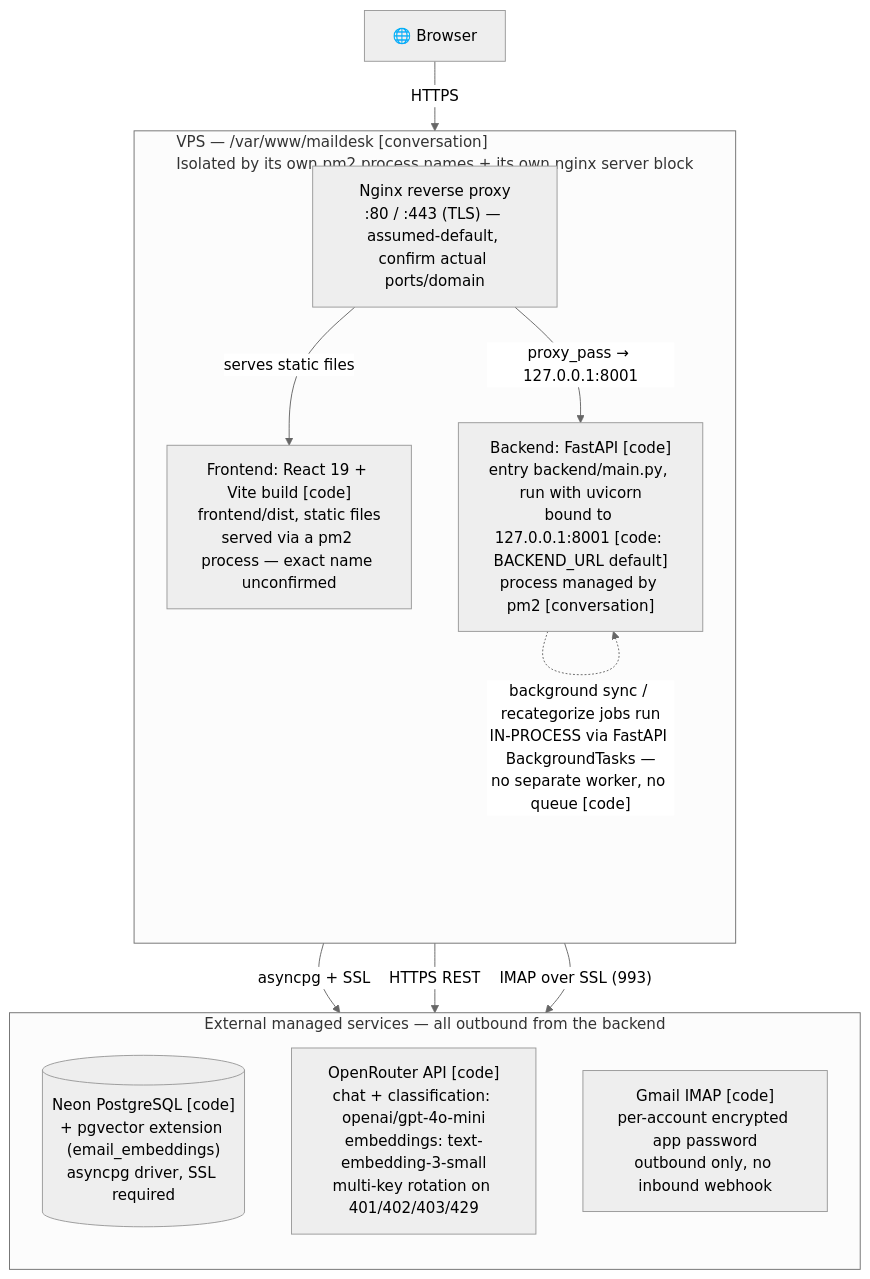
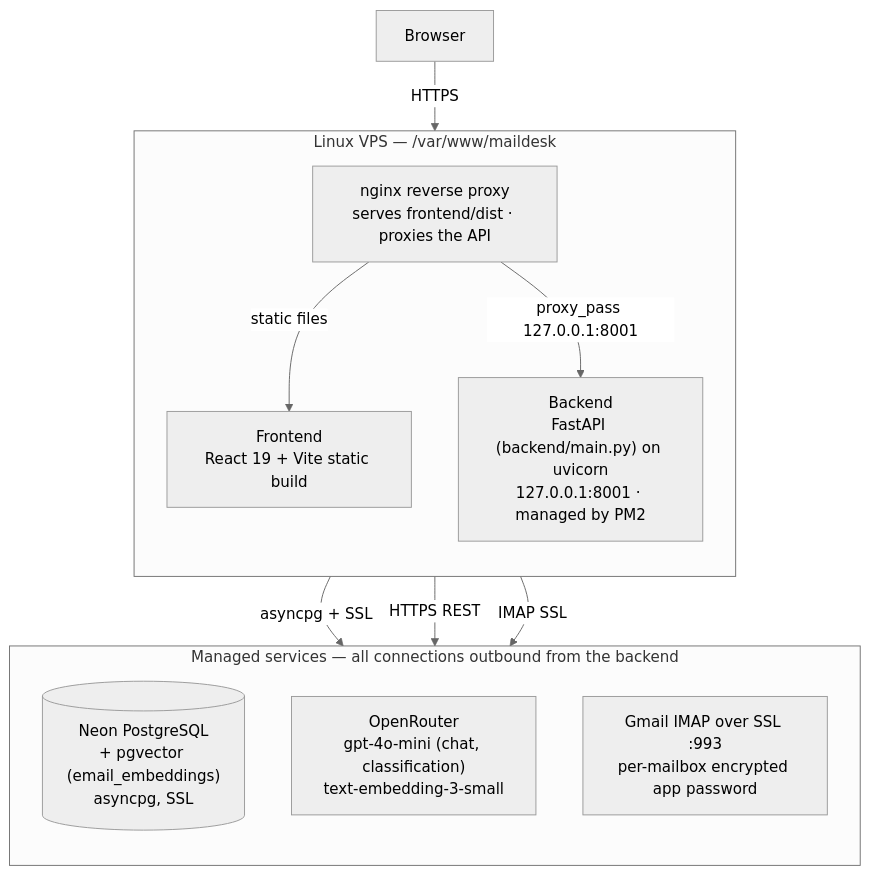
The diagram in ARCHITECTURE.md (AfzalSurti/MailDesk), drawn with Mermaid (neutral theme) before and after one commit. The commit also changed other lines of this file and 3 other files, not shown here.

First line of the commit message:
docs: full README, clean architecture doc, fix ENCRYPTION_KEY instructions

````diff
--- a/ARCHITECTURE.md
+++ b/ARCHITECTURE.md
@@ -16,27 +7,25 @@
 ```mermaid
 flowchart TD
-    Client["🌐 Browser"]
+    Client["Browser"]
 
-    subgraph VPS["VPS — /var/www/maildesk [conversation]<br/>Isolated by its own pm2 process names + its own nginx server block"]
+    subgraph VPS["Linux VPS — /var/www/maildesk"]
         direction TB
-        Nginx["Nginx reverse proxy<br/>:80 / :443 (TLS) — assumed-default, confirm actual ports/domain"]
-        FE["Frontend: React 19 + Vite build [code]<br/>frontend/dist, static files<br/>served via a pm2 process — exact name unconfirmed"]
-        BE["Backend: FastAPI [code]<br/>entry backend/main.py, run with uvicorn<br/>bound to 127.0.0.1:8001 [code: BACKEND_URL default]<br/>process managed by pm2 [conversation]"]
+        Nginx["nginx reverse proxy<br/>serves frontend/dist · proxies the API"]
+        FE["Frontend<br/>React 19 + Vite static build"]
+        BE["Backend<br/>FastAPI (backend/main.py) on uvicorn<br/>127.0.0.1:8001 · managed by PM2"]
     end
 
-    subgraph Ext["External managed services — all outbound from the backend"]
+    subgraph Ext["Managed services — all connections outbound from the backend"]
         direction TB
-        Neon[("Neon PostgreSQL [code]<br/>+ pgvector extension (email_embeddings)<br/>asyncpg driver, SSL required")]
-        OpenRouter["OpenRouter API [code]<br/>chat + classification: openai/gpt-4o-mini<br/>embeddings: text-embedding-3-small<br/>multi-key rotation on 401/402/403/429"]
-        Gmail["Gmail IMAP [code]<br/>per-account encrypted app password<br/>outbound only, no inbound webhook"]
+        Neon[("Neon PostgreSQL<br/>+ pgvector (email_embeddings)<br/>asyncpg, SSL")]
+        OpenRouter["OpenRouter<br/>gpt-4o-mini (chat, classification)<br/>text-embedding-3-small"]
+        Gmail["Gmail IMAP over SSL :993<br/>per-mailbox encrypted app password"]
     end
 
-    Client -- "HTTPS" --> Nginx
-    Nginx -- "serves static files" --> FE
-    Nginx -- "proxy_pass → 127.0.0.1:8001" --> BE
+    Client -- HTTPS --> Nginx
+    Nginx -- static files --> FE
+    Nginx -- "proxy_pass 127.0.0.1:8001" --> BE
     BE -- "asyncpg + SSL" --> Neon
     BE -- "HTTPS REST" --> OpenRouter
-    BE -- "IMAP over SSL (993)" --> Gmail
-
-    BE -.->|"background sync / recategorize jobs run\nIN-PROCESS via FastAPI BackgroundTasks —\nno separate worker, no queue [code]"| BE
+    BE -- "IMAP SSL" --> Gmail
 ```
````
